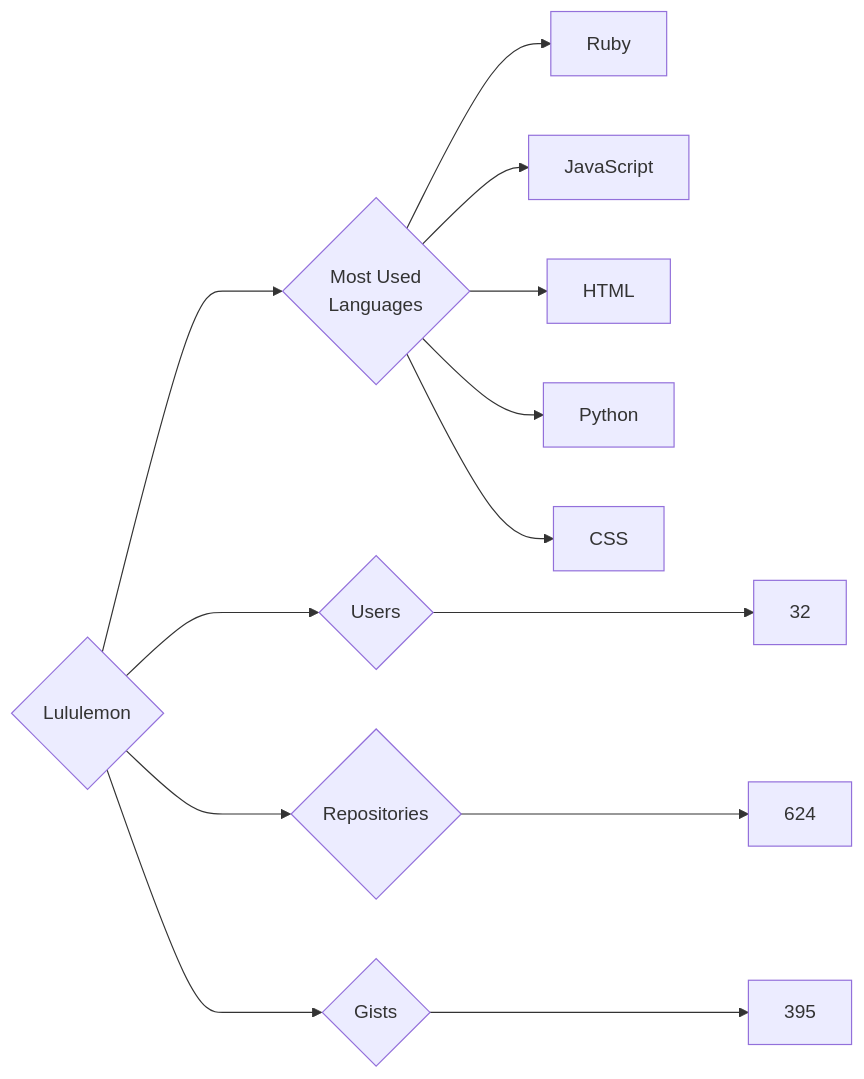
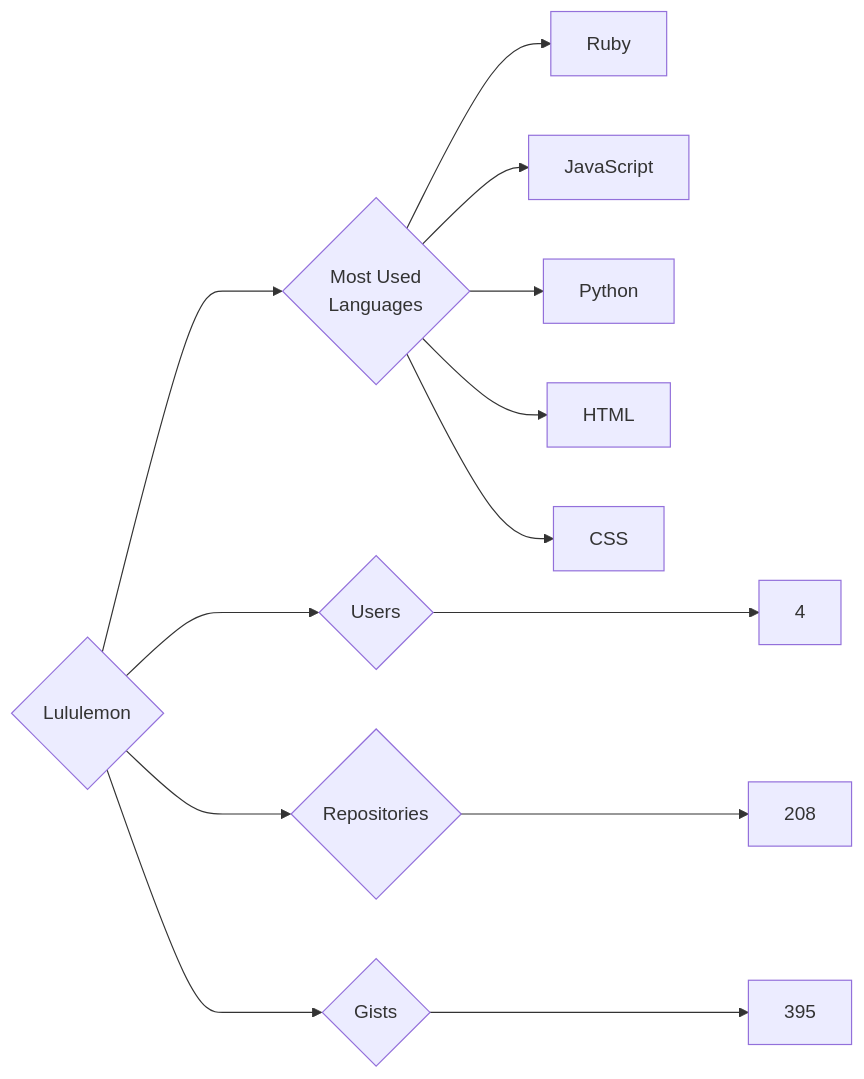
One commit to trickest/insiders changed the diagram in targets/Lululemon/README.md. Above: the diagram before and after it, drawn with Mermaid. The commit also changed 757 other files, not shown here.

````diff
--- a/targets/Lululemon/README.md
+++ b/targets/Lululemon/README.md
@@ -3,13 +3,13 @@
 ```mermaid
 graph LR
 COMPANY_NAME{Lululemon}
-COMPANY_NAME ---> U{Users} ---> UN[32]
-COMPANY_NAME ---> R{Repositories} ---> RN[624]
+COMPANY_NAME ---> U{Users} ---> UN[4]
+COMPANY_NAME ---> R{Repositories} ---> RN[208]
 COMPANY_NAME ---> G{Gists} ---> GN[395]
 COMPANY_NAME ---> ML{Most Used<br>Languages}
 ML --> Ruby[Ruby]
 ML --> JavaScript[JavaScript]
+ML --> Python[Python]
 ML --> HTML[HTML]
-ML --> Python[Python]
 ML --> CSS[CSS]
 ```
````
